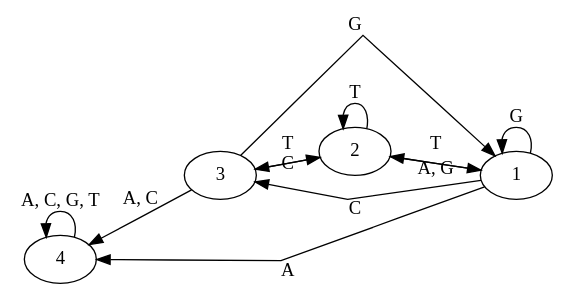
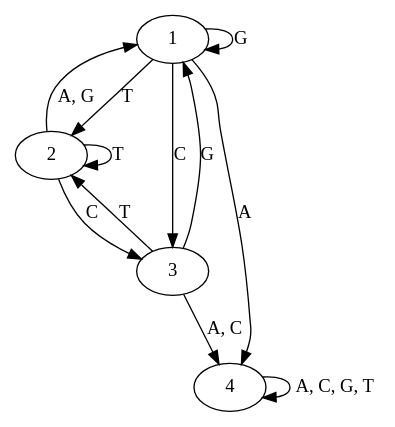
Before and after one commit to DavidCrgh/TA-Proy: the diagram in project2/report-dot2tex-fig1.dot, drawn with Graphviz. The commit also changed other lines of this file and 6 other files, not shown here.

```diff
--- a/project2/report-dot2tex-fig1.dot
+++ b/project2/report-dot2tex-fig1.dot
@@ -1,22 +1,19 @@
 digraph G {
-  rankdir=RL;
-  splines=line;
-  d2tfigpreamble = "\tikzstyle{every state}=[draw=blue!50,very thick,fill=blue!20]";
-  node [style="state"];
-  edge [lblstyle="auto",topath="bend left"];
-  q1[style="state,initial,accepting",label="1"];
-  q1->q1 [label="G",topath="loop above"];
-  q1->q2 [label="T"];
-  q1->q3 [label="C"];
-  q1->q4 [label="A"];
-  q2[style="state,accepting",label="2"];
-  q2->q1 [label="A, G"];
-  q2->q2 [label="T",topath="loop above"];
-  q2->q3 [label="C"];
-  q3[style="state,accepting",label="3"];
-  q3->q1 [label="G"];
-  q3->q2 [label="T"];
-  q3->q4 [label="A, C"];
-  q4[style="state",label="4"];
-  q4->q4 [label="A, C, G, T",topath="loop above"];
-}
+      d2tfigpreamble = "\tikzstyle{every state}=[very thick]";
+      edge [lblstyle="auto"];
+      q1[style="state,initial,accepting, draw=green!50, fill=green!20",label="1"];
+      q1->q2 [label="T"];
+      q1->q1 [label="G"];
+      q1->q3 [label="C"];
+      q1->q4 [label="A"];
+      q2[style="state,accepting, draw=green!50, fill=green!20",label="2"];
+      q2->q2 [label="T"];
+      q2->q3 [label="C"];
+      q2->q1 [label="A, G"];
+      q3[style="state,accepting, draw=green!50, fill=green!20",label="3"];
+      q3->q2 [label="T"];
+      q3->q1 [label="G"];
+      q3->q4 [label="A, C"];
+      q4[style="state, draw=red!50, fill=red!20",label="4"];
+      q4->q4 [label="A, C, G, T"];
+    }
```
